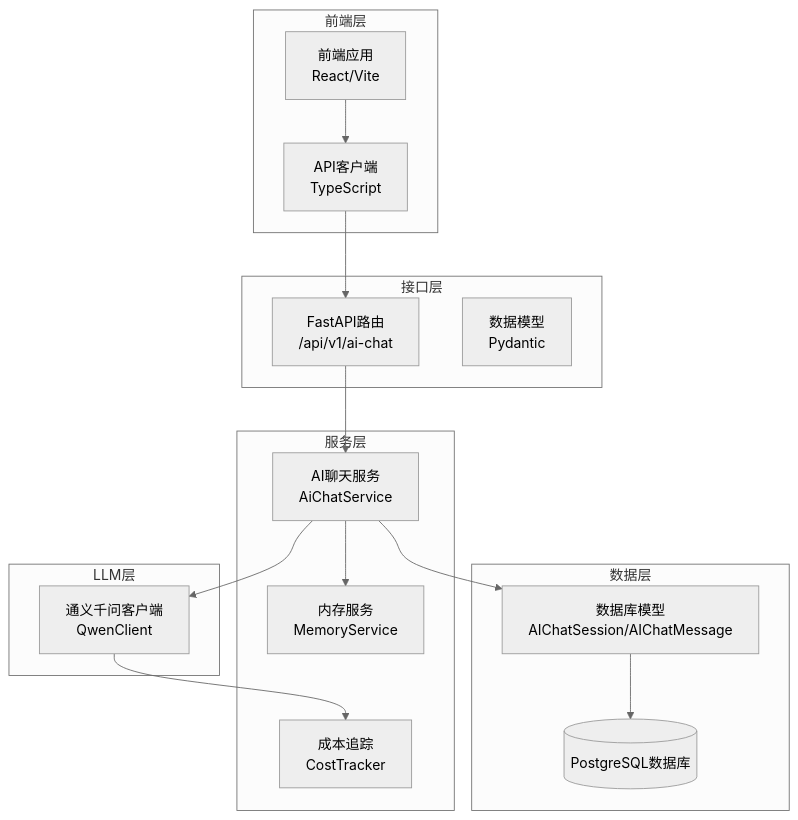
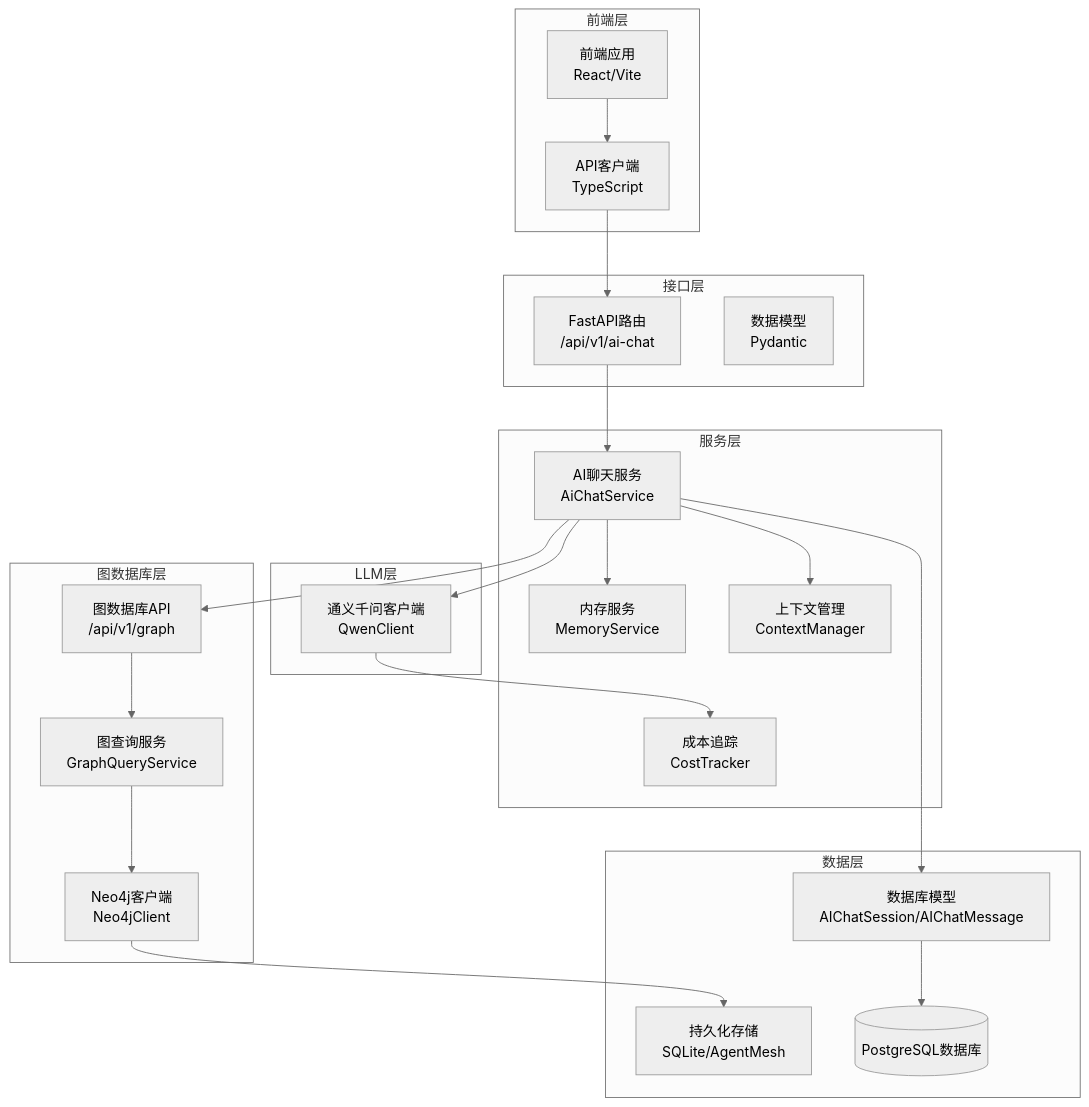
One commit to xfbyxq/ai-novel-system changed the first of 25 diagrams in .qoder/repowiki/zh/content/Ai Chat Service.md. Above: the diagram before and after it, drawn with Mermaid (neutral theme). The commit also changed other lines of this file and 19 other files, not shown here.

First line of the commit message:
feat(graph): 新增图数据库完整支持与AI聊天集成

````diff
--- a/.qoder/repowiki/zh/content/Ai Chat Service.md
+++ b/.qoder/repowiki/zh/content/Ai Chat Service.md
@@ -48,31 +56,43 @@
 ```mermaid
 graph TB
 subgraph "前端层"
 FE[前端应用<br/>React/Vite]
 API[API客户端<br/>TypeScript]
 end
 subgraph "接口层"
 Router[FastAPI路由<br/>/api/v1/ai-chat]
 Schemas[数据模型<br/>Pydantic]
 end
 subgraph "服务层"
 Service[AI聊天服务<br/>AiChatService]
 Memory[内存服务<br/>MemoryService]
+Context[上下文管理<br/>ContextManager]
 Cost[成本追踪<br/>CostTracker]
+end
+subgraph "图数据库层"
+GraphAPI[图数据库API<br/>/api/v1/graph]
+GraphService[图查询服务<br/>GraphQueryService]
+Neo4j[Neo4j客户端<br/>Neo4jClient]
 end
 subgraph "LLM层"
 Qwen[通义千问客户端<br/>QwenClient]
 end
 subgraph "数据层"
 Models[数据库模型<br/>AIChatSession/AIChatMessage]
+Persist[持久化存储<br/>SQLite/AgentMesh]
 DB[(PostgreSQL数据库)]
 end
 FE --> API
 API --> Router
 Router --> Service
 Service --> Memory
+Service --> Context
 Service --> Qwen
 Service --> Models
+Service --> GraphAPI
+GraphAPI --> GraphService
+GraphService --> Neo4j
+Neo4j --> Persist
 Models --> DB
 Qwen --> Cost
 ```
````
